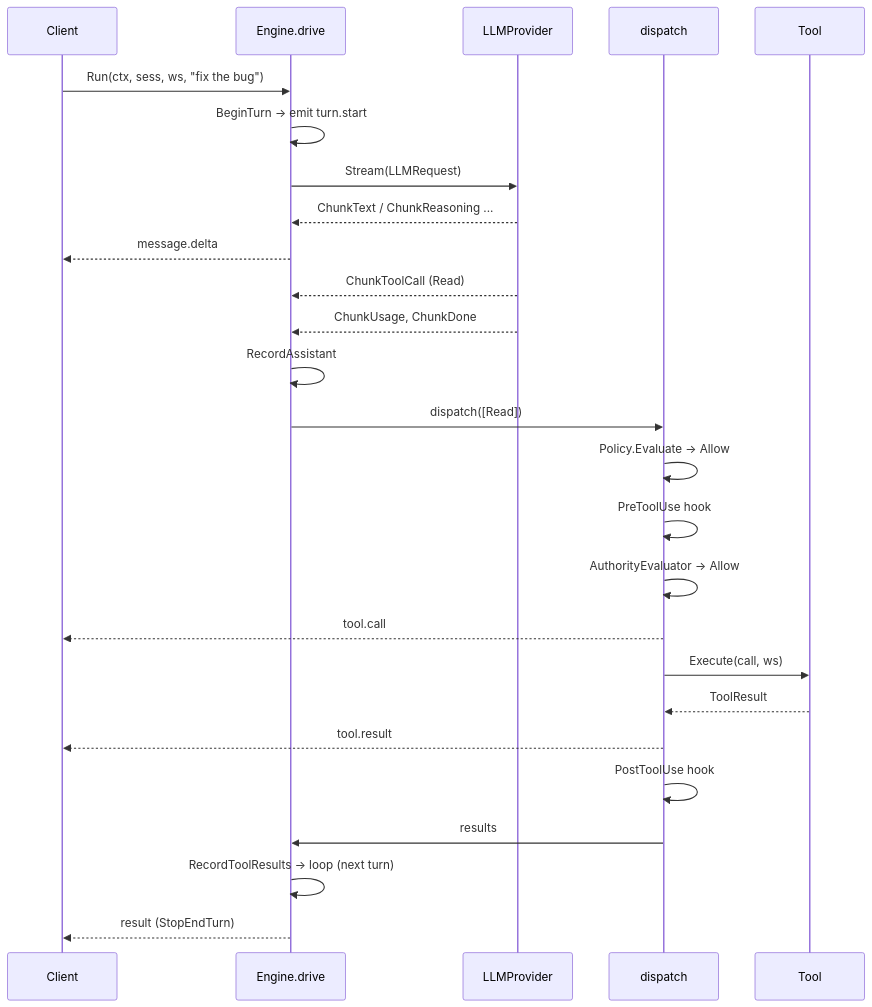
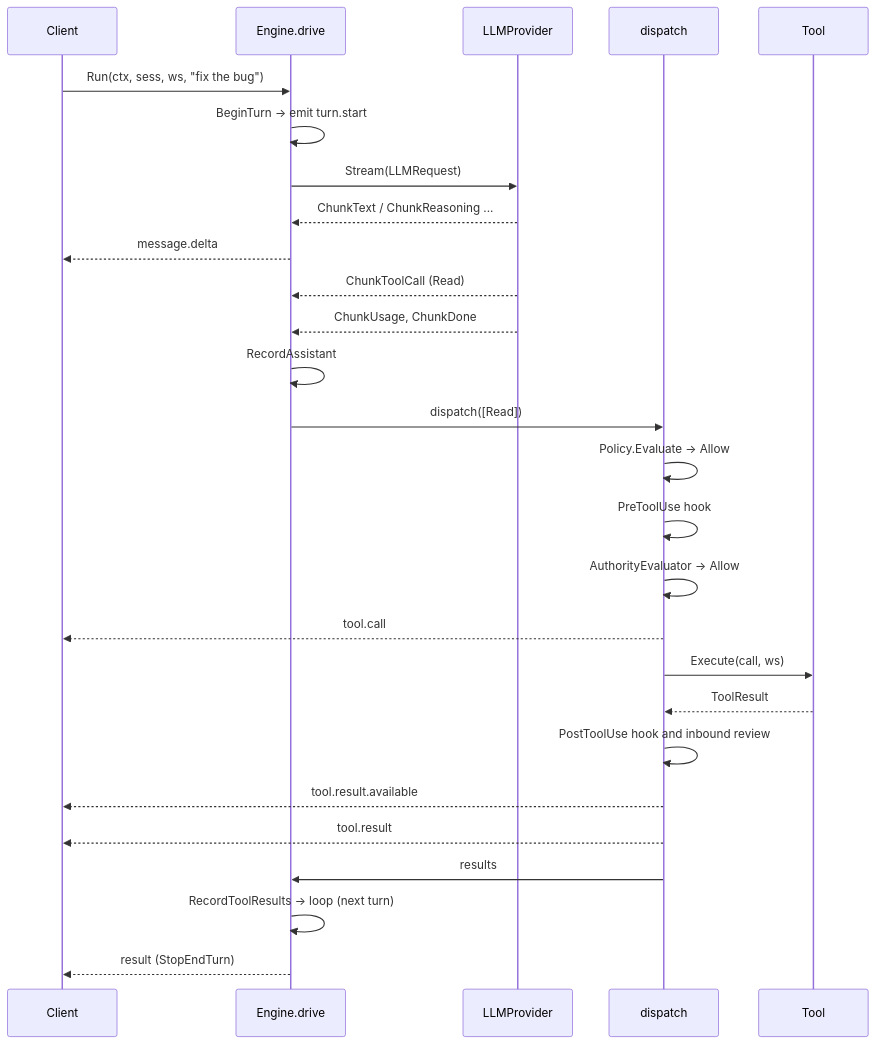
The first of 2 diagrams in docs/architecture/agent-loop.md (stacklok/mecatl), drawn with Mermaid before and after one commit. The commit also changed other lines of this file and 1 other file, not shown here.

Commit message:
docs: explain tool-result availability

````diff
--- a/docs/architecture/agent-loop.md
+++ b/docs/architecture/agent-loop.md
@@ -101,28 +101,29 @@
 ```mermaid
 sequenceDiagram
   participant C as Client
   participant E as Engine.drive
   participant L as LLMProvider
   participant D as dispatch
   participant T as Tool
   C->>E: Run(ctx, sess, ws, "fix the bug")
   E->>E: BeginTurn → emit turn.start
   E->>L: Stream(LLMRequest)
   L-->>E: ChunkText / ChunkReasoning ...
   E-->>C: message.delta
   L-->>E: ChunkToolCall (Read)
   L-->>E: ChunkUsage, ChunkDone
   E->>E: RecordAssistant
   E->>D: dispatch([Read])
   D->>D: Policy.Evaluate → Allow
   D->>D: PreToolUse hook
   D->>D: AuthorityEvaluator → Allow
   D-->>C: tool.call
   D->>T: Execute(call, ws)
   T-->>D: ToolResult
+  D->>D: PostToolUse hook and inbound review
+  D-->>C: tool.result.available
   D-->>C: tool.result
-  D->>D: PostToolUse hook
   D->>E: results
   E->>E: RecordToolResults → loop (next turn)
   E-->>C: result (StopEndTurn)
 ```
````
